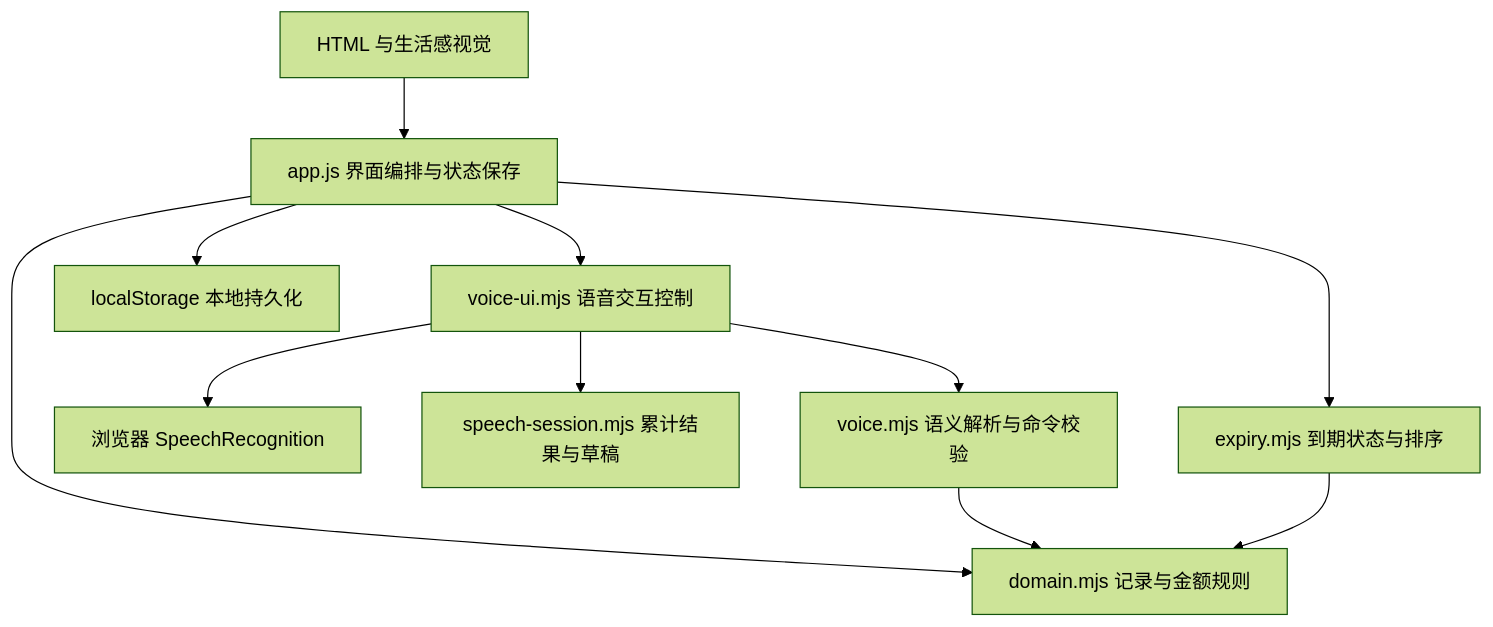
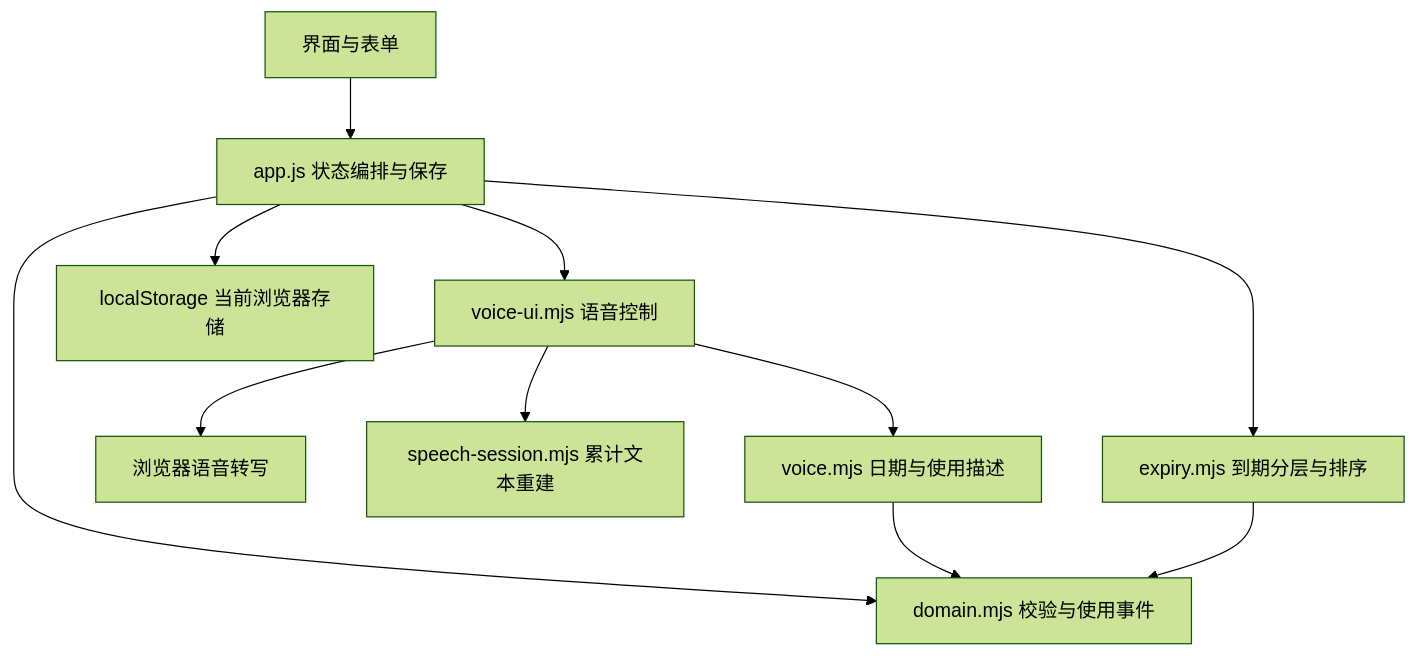
One commit to peach-HT/yu changed the first of 2 diagrams in docs/architecture.md. Above: the diagram before and after it, drawn with Mermaid (forest theme). The commit also changed other lines of this file and 20 other files, not shown here.

````diff
--- a/docs/architecture.md
+++ b/docs/architecture.md
@@ -7,13 +5,13 @@
 ```mermaid
 flowchart TD
-    UI[HTML 与生活感视觉] --> App[app.js 界面编排与状态保存]
-    App --> Expiry[expiry.mjs 到期状态与排序]
-    App --> Domain[domain.mjs 记录与金额规则]
-    App --> VoiceUI[voice-ui.mjs 语音交互控制]
-    VoiceUI --> Browser[浏览器 SpeechRecognition]
-    VoiceUI --> Session[speech-session.mjs 累计结果与草稿]
-    VoiceUI --> Parser[voice.mjs 语义解析与命令校验]
+    UI[界面与表单] --> App[app.js 状态编排与保存]
+    App --> Expiry[expiry.mjs 到期分层与排序]
+    App --> Domain[domain.mjs 校验与使用事件]
+    App --> VoiceUI[voice-ui.mjs 语音控制]
+    VoiceUI --> Browser[浏览器语音转写]
+    VoiceUI --> Session[speech-session.mjs 累计文本重建]
+    VoiceUI --> Parser[voice.mjs 日期与使用描述]
     Parser --> Domain
     Expiry --> Domain
-    App --> Storage[localStorage 本地持久化]
+    App --> Storage[localStorage 当前浏览器存储]
 ```
````
